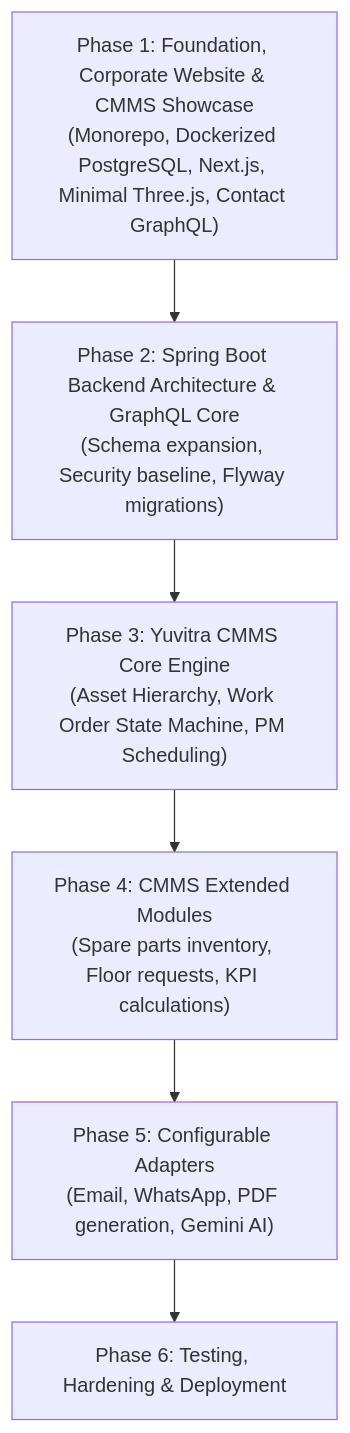
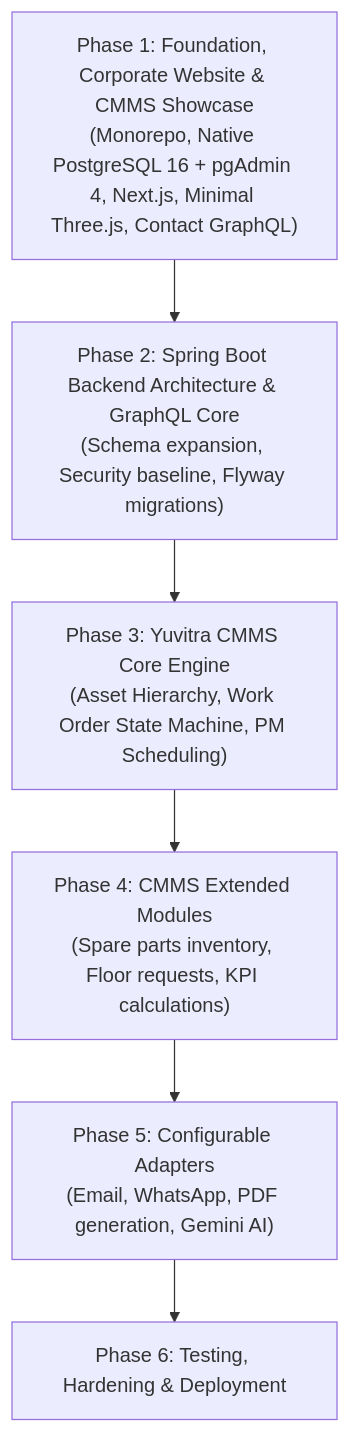
The second of 2 diagrams in PROJECT_PLAN.md (yuva-raj2/Yuvitra-Labs), drawn with Mermaid before and after one commit. The commit also changed other lines of this file, not shown here.

````diff
--- a/PROJECT_PLAN.md
+++ b/PROJECT_PLAN.md
@@ -406,15 +430,15 @@
 ```mermaid
 flowchart TD
-    P1["Phase 1: Foundation, Corporate Website & CMMS Showcase\n(Monorepo, Dockerized PostgreSQL, Next.js, Minimal Three.js, Contact GraphQL)"]
+    P1["Phase 1: Foundation, Corporate Website & CMMS Showcase\n(Monorepo, Native PostgreSQL 16 + pgAdmin 4, Next.js, Minimal Three.js, Contact GraphQL)"]
     P2["Phase 2: Spring Boot Backend Architecture & GraphQL Core\n(Schema expansion, Security baseline, Flyway migrations)"]
     P3["Phase 3: Yuvitra CMMS Core Engine\n(Asset Hierarchy, Work Order State Machine, PM Scheduling)"]
     P4["Phase 4: CMMS Extended Modules\n(Spare parts inventory, Floor requests, KPI calculations)"]
     P5["Phase 5: Configurable Adapters\n(Email, WhatsApp, PDF generation, Gemini AI)"]
     P6["Phase 6: Testing, Hardening & Deployment"]
 
     P1 --> P2
     P2 --> P3
     P3 --> P4
     P4 --> P5
     P5 --> P6
 ```
````
